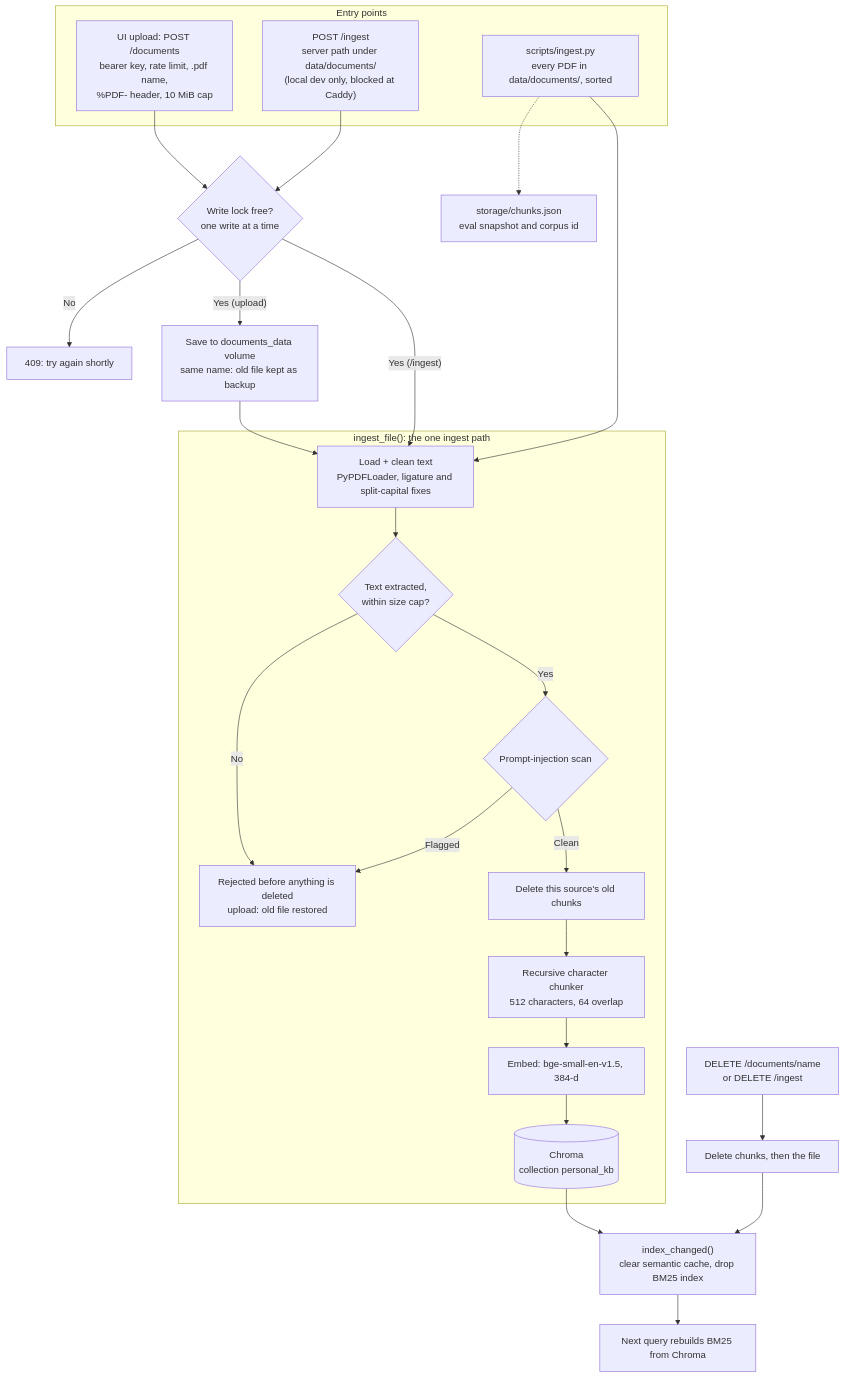
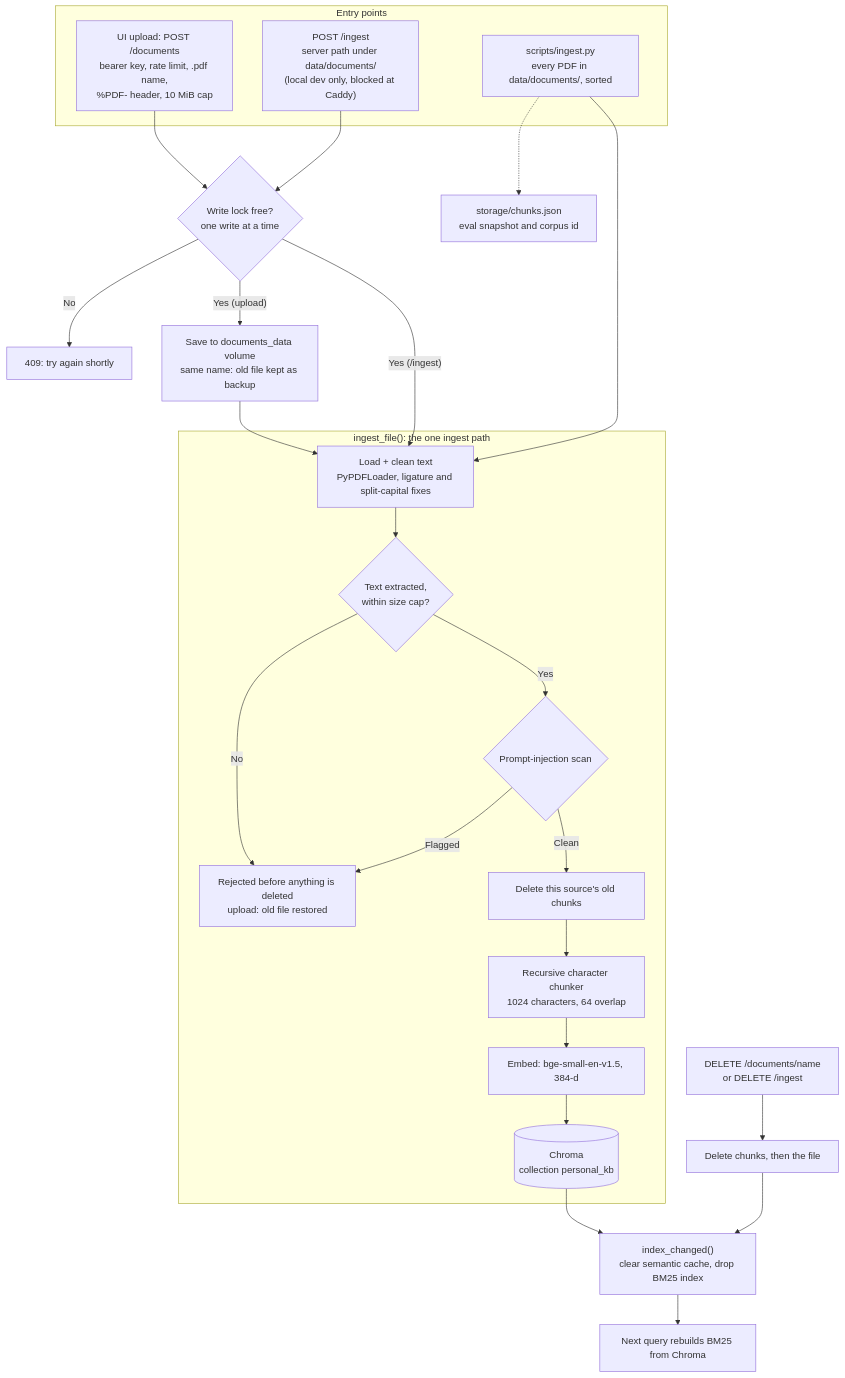
Before and after one commit to yashbhosale789/Personal-Knowledge-RAG: the third of 4 diagrams in ARCHITECTURE.md, drawn with Mermaid. The commit also changed other lines of this file and 259 other files, not shown here.

````diff
--- a/ARCHITECTURE.md
+++ b/ARCHITECTURE.md
@@ -118,34 +118,34 @@
 ```mermaid
 flowchart TD
     subgraph Entry ["Entry points"]
         Upload["UI upload: POST /documents<br/>bearer key, rate limit, .pdf name,<br/>%PDF- header, 10 MiB cap"]
         DevIngest["POST /ingest<br/>server path under data/documents/<br/>(local dev only, blocked at Caddy)"]
         Batch["scripts/ingest.py<br/>every PDF in data/documents/, sorted"]
     end
 
     Upload --> Lock{"Write lock free?<br/>one write at a time"}
     DevIngest --> Lock
     Lock -- No --> Busy["409: try again shortly"]
     Lock -- "Yes (upload)" --> Save["Save to documents_data volume<br/>same name: old file kept as backup"]
     Save --> Load
     Lock -- "Yes (/ingest)" --> Load
     Batch --> Load
 
     subgraph One ["ingest_file(): the one ingest path"]
         Load["Load + clean text<br/>PyPDFLoader, ligature and split-capital fixes"] --> HasText{"Text extracted,<br/>within size cap?"}
         HasText -- No --> Reject["Rejected before anything is deleted<br/>upload: old file restored"]
         HasText -- Yes --> Scan{"Prompt-injection scan"}
         Scan -- Flagged --> Reject
         Scan -- Clean --> Replace["Delete this source's old chunks"]
-        Replace --> Chunk["Recursive character chunker<br/>512 characters, 64 overlap"]
+        Replace --> Chunk["Recursive character chunker<br/>1024 characters, 64 overlap"]
         Chunk --> Embed["Embed: bge-small-en-v1.5, 384-d"]
         Embed --> Chroma[("Chroma<br/>collection personal_kb")]
     end
 
     Chroma --> Changed["index_changed()<br/>clear semantic cache, drop BM25 index"]
     Changed --> Rebuild["Next query rebuilds BM25 from Chroma"]
     Batch -.-> Snapshot["storage/chunks.json<br/>eval snapshot and corpus id"]
 
     DeleteDoc["DELETE /documents/name<br/>or DELETE /ingest"] --> DelChunks["Delete chunks, then the file"]
     DelChunks --> Changed
 ```
````
